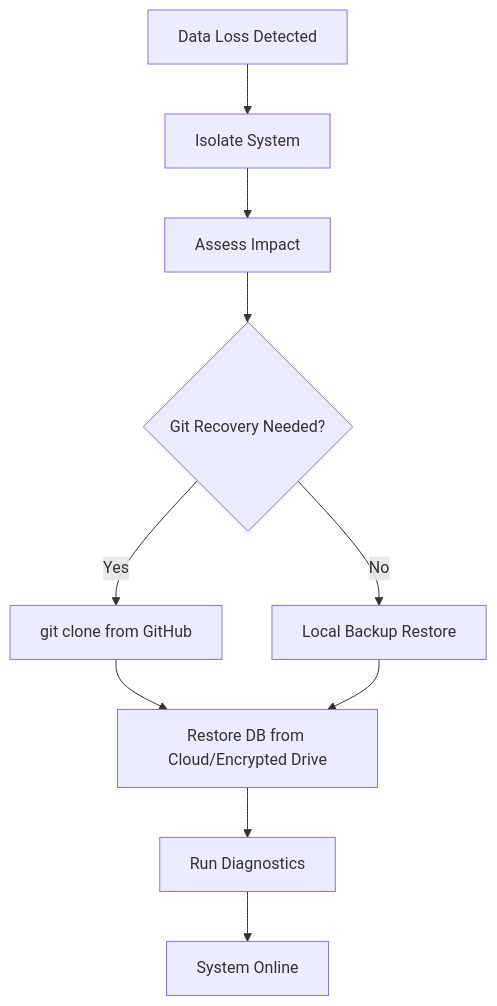
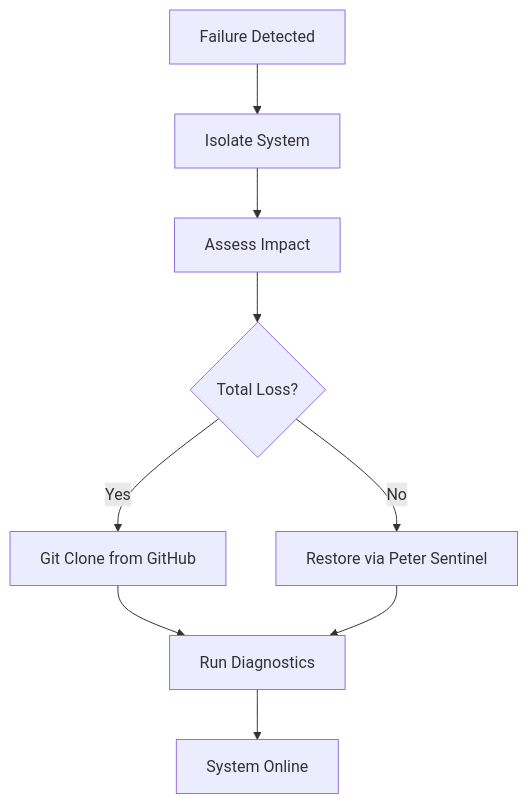
Before and after one commit to Humbertoed11/hwb-institutional-website: the diagram in HWB-COMPANY/HWB-IT/HWB-QMS-9.3 Disaster Recovery and Data Restoration SOP.md, drawn with Mermaid. The commit also changed other lines of this file and 236 other files, not shown here.

````diff
--- a/HWB-COMPANY/HWB-IT/HWB-QMS-9.3 Disaster Recovery and Data Restoration SOP.md
+++ b/HWB-COMPANY/HWB-IT/HWB-QMS-9.3 Disaster Recovery and Data Restoration SOP.md
@@ -174,12 +61,11 @@
 ```mermaid
 graph TD
-    A[Data Loss Detected] --> B[Isolate System]
+    A[Failure Detected] --> B[Isolate System]
     B --> C[Assess Impact]
-    C --> D{Git Recovery Needed?}
-    D -- Yes --> E[git clone from GitHub]
-    D -- No --> F[Local Backup Restore]
-    E --> G[Restore DB from Cloud/Encrypted Drive]
+    C --> D{Total Loss?}
+    D -- Yes --> E[Git Clone from GitHub]
+    D -- No --> F[Restore via Peter Sentinel]
+    E --> G[Run Diagnostics]
     F --> G
-    G --> H[Run Diagnostics]
-    H --> I[System Online]
+    G --> H[System Online]
 ```
````
